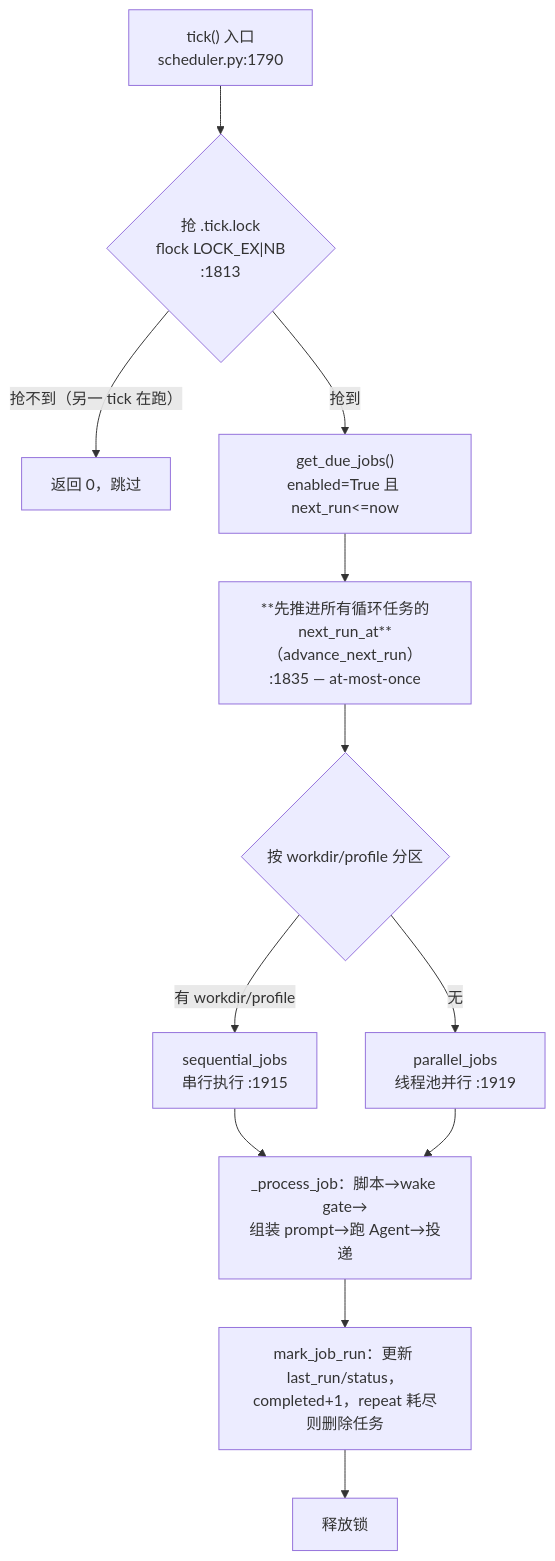
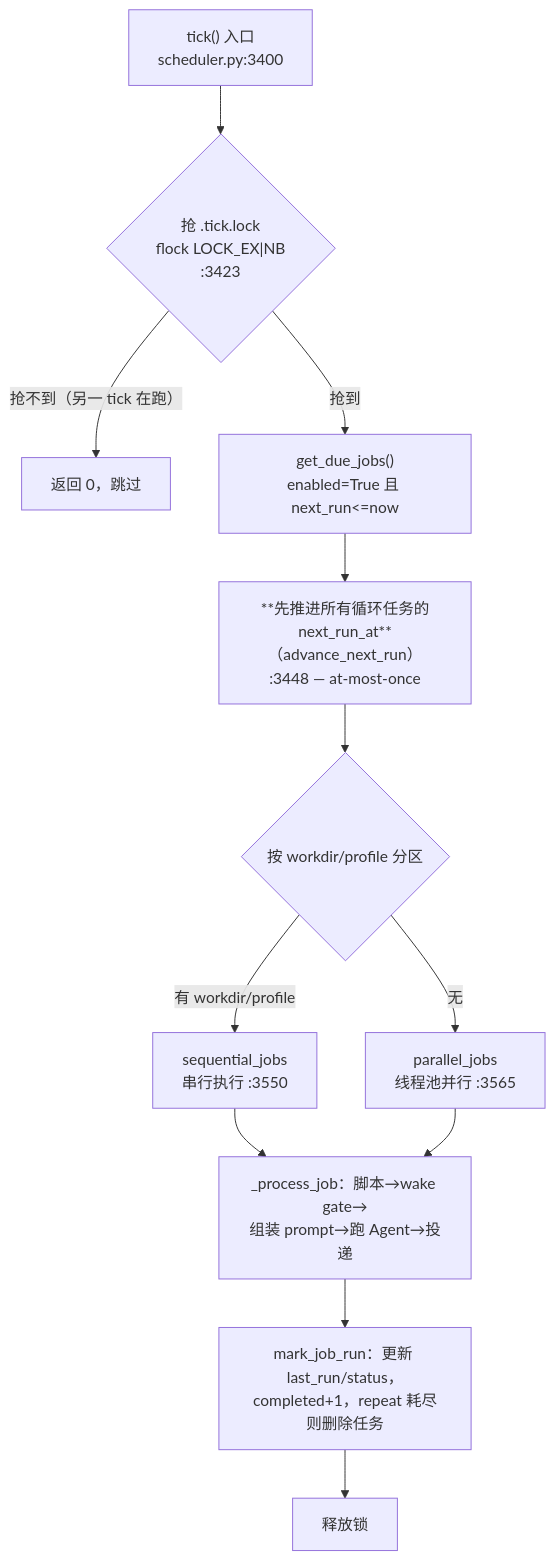
One commit to fang-lin/hermes-agent-code-analysis changed the second of 3 diagrams in docs/zh/11-Cron调度.md. Above: the diagram before and after it, drawn with Mermaid. The commit also changed other lines of this file, not shown here.

Commit message:
11 章更新至 v0.18.2：cron 翻倍扩容——调度 Provider/蓝图/快照防漂移/五层并发安全/心跳自检/生命周期守卫

````diff
--- a/docs/zh/11-Cron调度.md
+++ b/docs/zh/11-Cron调度.md
@@ -207,14 +207,14 @@
 ```mermaid
 flowchart TD
-    START["tick() 入口<br/>scheduler.py:1790"] --> LOCK{"抢 .tick.lock<br/>flock LOCK_EX|NB<br/>:1813"}
+    START["tick() 入口<br/>scheduler.py:3400"] --> LOCK{"抢 .tick.lock<br/>flock LOCK_EX|NB<br/>:3423"}
     LOCK -->|"抢不到（另一 tick 在跑）"| RET0["返回 0，跳过"]
     LOCK -->|抢到| DUE["get_due_jobs()<br/>enabled=True 且 next_run<=now"]
-    DUE --> ADV["**先推进所有循环任务的<br/>next_run_at**（advance_next_run）<br/>:1835 — at-most-once"]
+    DUE --> ADV["**先推进所有循环任务的<br/>next_run_at**（advance_next_run）<br/>:3448 — at-most-once"]
     ADV --> PART{"按 workdir/profile 分区"}
-    PART -->|"有 workdir/profile"| SEQ["sequential_jobs<br/>串行执行 :1915"]
-    PART -->|"无"| PAR["parallel_jobs<br/>线程池并行 :1919"]
+    PART -->|"有 workdir/profile"| SEQ["sequential_jobs<br/>串行执行 :3550"]
+    PART -->|"无"| PAR["parallel_jobs<br/>线程池并行 :3565"]
     SEQ --> PROC["_process_job：脚本→wake gate→<br/>组装 prompt→跑 Agent→投递"]
     PAR --> PROC
     PROC --> MARK["mark_job_run：更新 last_run/status，<br/>completed+1，repeat 耗尽则删除任务"]
     MARK --> UNLOCK["释放锁"]
 ```
````
